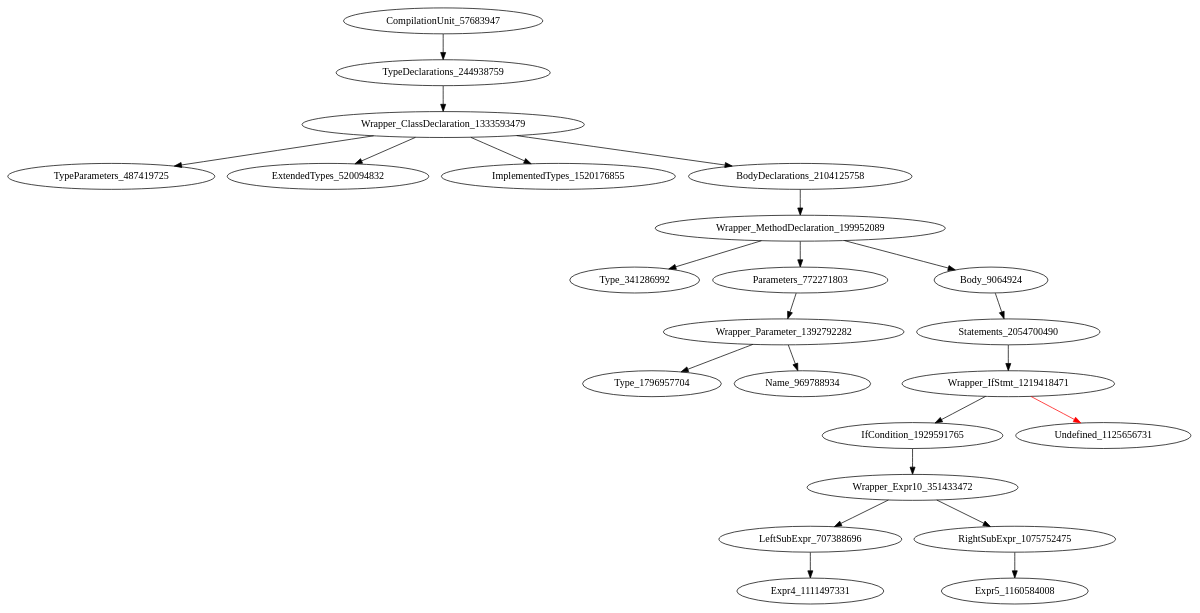
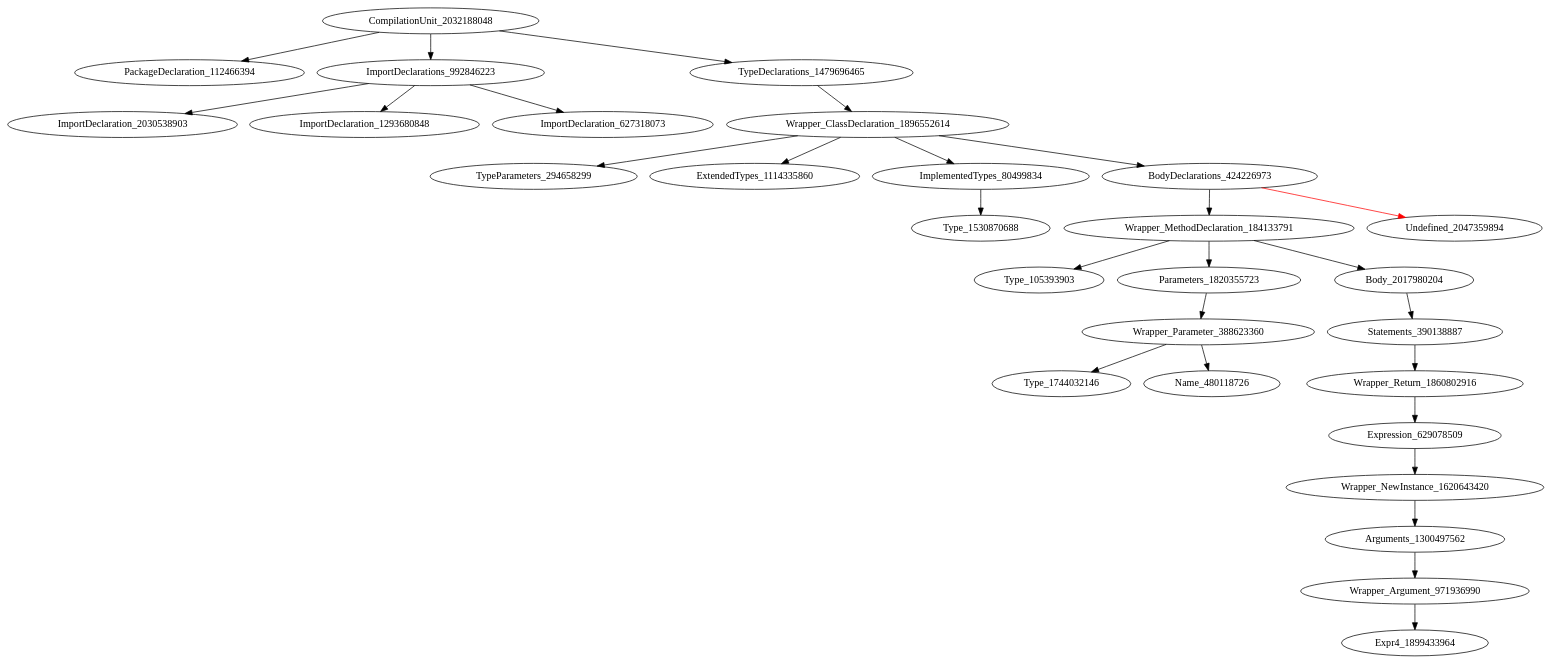
The diagram in holeAST.dot (icse2023material/VoiceJava), drawn with Graphviz before and after one commit. The commit also changed 7 other files, not shown here.

Commit message:
[fix] add return expresion case for new instance expression

```diff
--- a/holeAST.dot
+++ b/holeAST.dot
@@ -1,24 +1,29 @@
 digraph {
-CompilationUnit_57683947 -> TypeDeclarations_244938759
-TypeDeclarations_244938759 -> Wrapper_ClassDeclaration_1333593479
-Wrapper_ClassDeclaration_1333593479 -> TypeParameters_487419725
-Wrapper_ClassDeclaration_1333593479 -> ExtendedTypes_520094832
-Wrapper_ClassDeclaration_1333593479 -> ImplementedTypes_1520176855
-Wrapper_ClassDeclaration_1333593479 -> BodyDeclarations_2104125758
-BodyDeclarations_2104125758 -> Wrapper_MethodDeclaration_199952089
-Wrapper_MethodDeclaration_199952089 -> Type_341286992
-Wrapper_MethodDeclaration_199952089 -> Parameters_772271803
-Wrapper_MethodDeclaration_199952089 -> Body_9064924
-Parameters_772271803 -> Wrapper_Parameter_1392792282
-Body_9064924 -> Statements_2054700490
-Wrapper_Parameter_1392792282 -> Type_1796957704
-Wrapper_Parameter_1392792282 -> Name_969788934
-Statements_2054700490 -> Wrapper_IfStmt_1219418471
-Wrapper_IfStmt_1219418471 -> IfCondition_1929591765
-Wrapper_IfStmt_1219418471 -> Undefined_1125656731 [color = red] 
-IfCondition_1929591765 -> Wrapper_Expr10_351433472
-Wrapper_Expr10_351433472 -> LeftSubExpr_707388696
-Wrapper_Expr10_351433472 -> RightSubExpr_1075752475
-LeftSubExpr_707388696 -> Expr4_1111497331
-RightSubExpr_1075752475 -> Expr5_1160584008
+CompilationUnit_2032188048 -> PackageDeclaration_112466394
+CompilationUnit_2032188048 -> ImportDeclarations_992846223
+CompilationUnit_2032188048 -> TypeDeclarations_1479696465
+ImportDeclarations_992846223 -> ImportDeclaration_2030538903
+ImportDeclarations_992846223 -> ImportDeclaration_1293680848
+ImportDeclarations_992846223 -> ImportDeclaration_627318073
+TypeDeclarations_1479696465 -> Wrapper_ClassDeclaration_1896552614
+Wrapper_ClassDeclaration_1896552614 -> TypeParameters_294658299
+Wrapper_ClassDeclaration_1896552614 -> ExtendedTypes_1114335860
+Wrapper_ClassDeclaration_1896552614 -> ImplementedTypes_80499834
+Wrapper_ClassDeclaration_1896552614 -> BodyDeclarations_424226973
+ImplementedTypes_80499834 -> Type_1530870688
+BodyDeclarations_424226973 -> Wrapper_MethodDeclaration_184133791
+BodyDeclarations_424226973 -> Undefined_2047359894 [color = red] 
+Wrapper_MethodDeclaration_184133791 -> Type_105393903
+Wrapper_MethodDeclaration_184133791 -> Parameters_1820355723
+Wrapper_MethodDeclaration_184133791 -> Body_2017980204
+Parameters_1820355723 -> Wrapper_Parameter_388623360
+Body_2017980204 -> Statements_390138887
+Wrapper_Parameter_388623360 -> Type_1744032146
+Wrapper_Parameter_388623360 -> Name_480118726
+Statements_390138887 -> Wrapper_Return_1860802916
+Wrapper_Return_1860802916 -> Expression_629078509
+Expression_629078509 -> Wrapper_NewInstance_1620643420
+Wrapper_NewInstance_1620643420 -> Arguments_1300497562
+Arguments_1300497562 -> Wrapper_Argument_971936990
+Wrapper_Argument_971936990 -> Expr4_1899433964
 }
```
